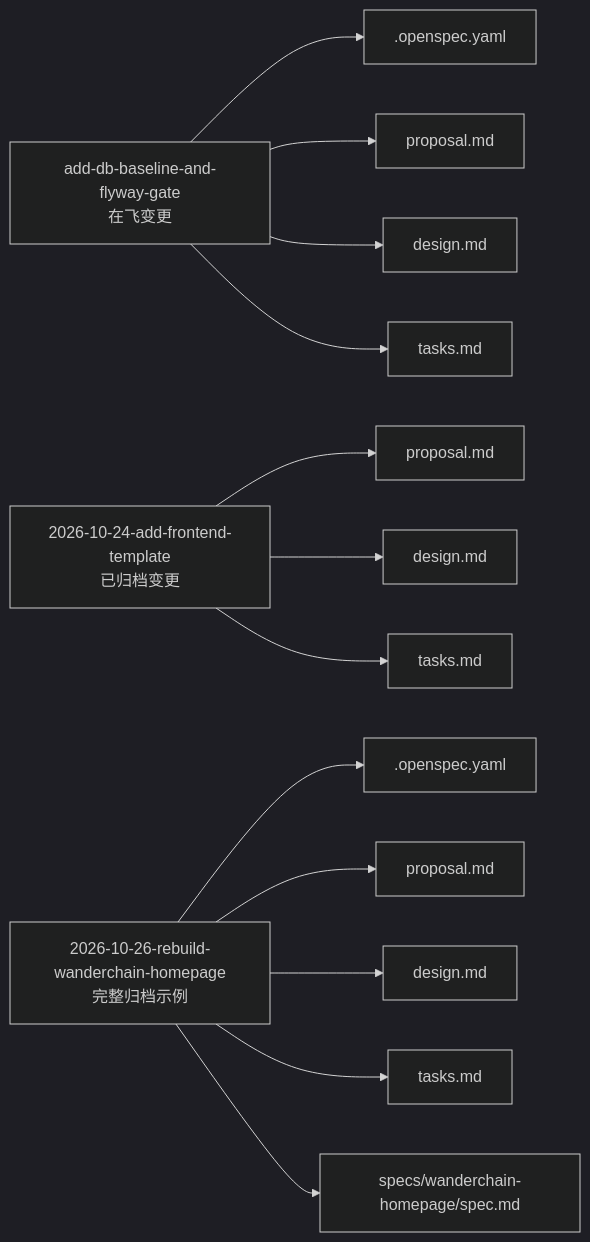
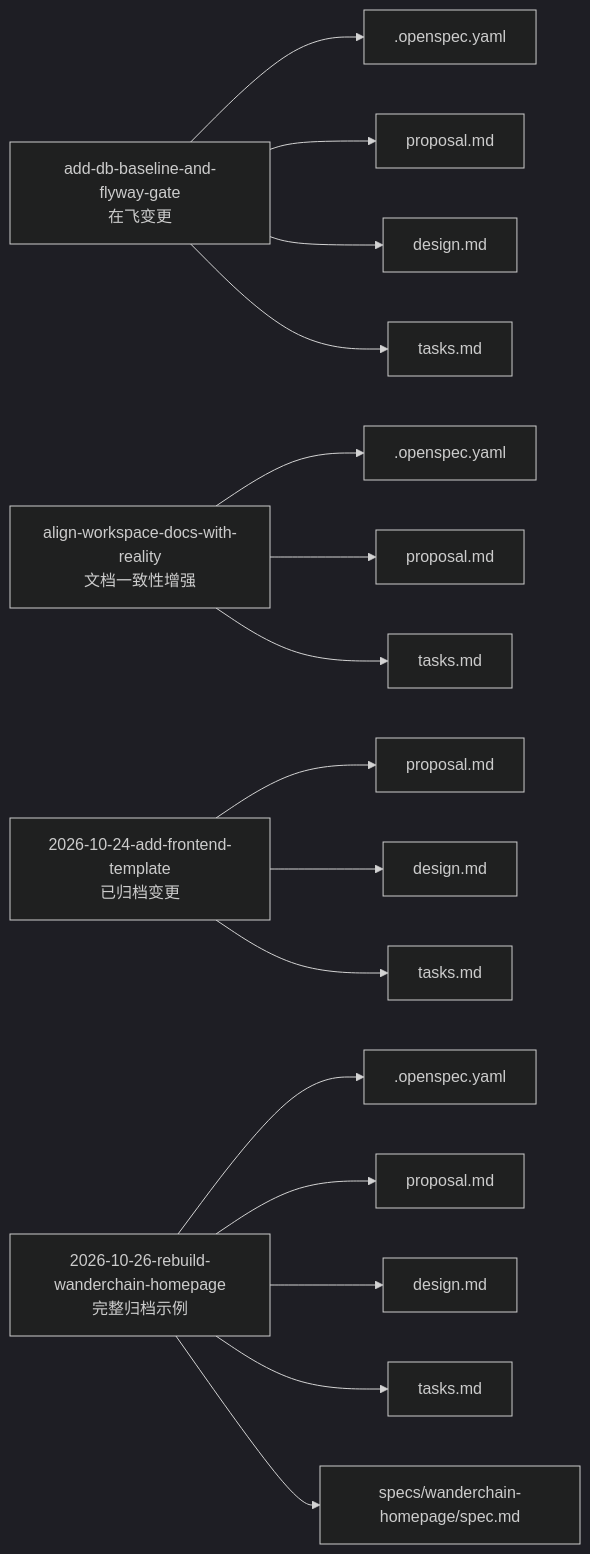
The seventh of 9 diagrams in .qoder/repowiki/zh/content/规格驱动开发/规格驱动开发.md (luyitiger6/my-first-project), drawn with Mermaid (dark theme) before and after one commit. The commit also changed other lines of this file and 35 other files, not shown here.

````diff
--- a/.qoder/repowiki/zh/content/规格驱动开发/规格驱动开发.md
+++ b/.qoder/repowiki/zh/content/规格驱动开发/规格驱动开发.md
@@ -261,15 +318,18 @@
 ```mermaid
 graph LR
 ChangeA["add-db-baseline-and-flyway-gate<br/>在飞变更"] --> A1[".openspec.yaml"]
 ChangeA --> A2["proposal.md"]
 ChangeA --> A3["design.md"]
 ChangeA --> A4["tasks.md"]
-ChangeB["2026-10-24-add-frontend-template<br/>已归档变更"] --> B1["proposal.md"]
-ChangeB --> B2["design.md"]
+ChangeB["align-workspace-docs-with-reality<br/>文档一致性增强"] --> B1[".openspec.yaml"]
+ChangeB --> B2["proposal.md"]
 ChangeB --> B3["tasks.md"]
-ChangeC["2026-10-26-rebuild-wanderchain-homepage<br/>完整归档示例"] --> C1[".openspec.yaml"]
-ChangeC --> C2["proposal.md"]
-ChangeC --> C3["design.md"]
-ChangeC --> C4["tasks.md"]
-ChangeC --> C5["specs/wanderchain-homepage/spec.md"]
+ChangeC["2026-10-24-add-frontend-template<br/>已归档变更"] --> C1["proposal.md"]
+ChangeC --> C2["design.md"]
+ChangeC --> C3["tasks.md"]
+ChangeD["2026-10-26-rebuild-wanderchain-homepage<br/>完整归档示例"] --> D1[".openspec.yaml"]
+ChangeD --> D2["proposal.md"]
+ChangeD --> D3["design.md"]
+ChangeD --> D4["tasks.md"]
+ChangeD --> D5["specs/wanderchain-homepage/spec.md"]
 ```
````
